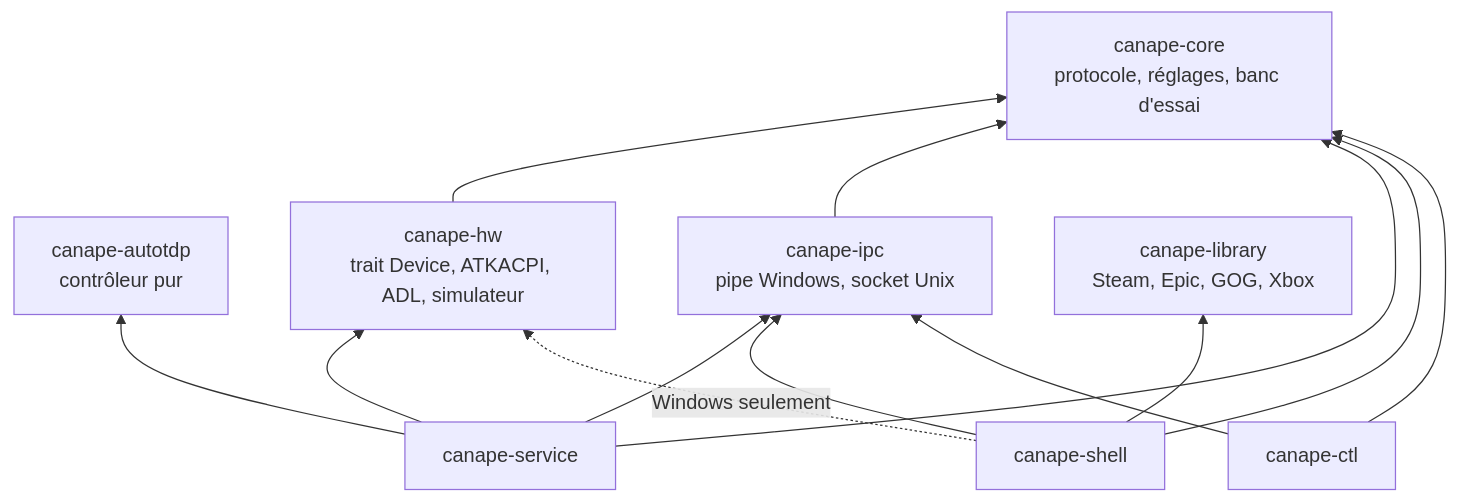
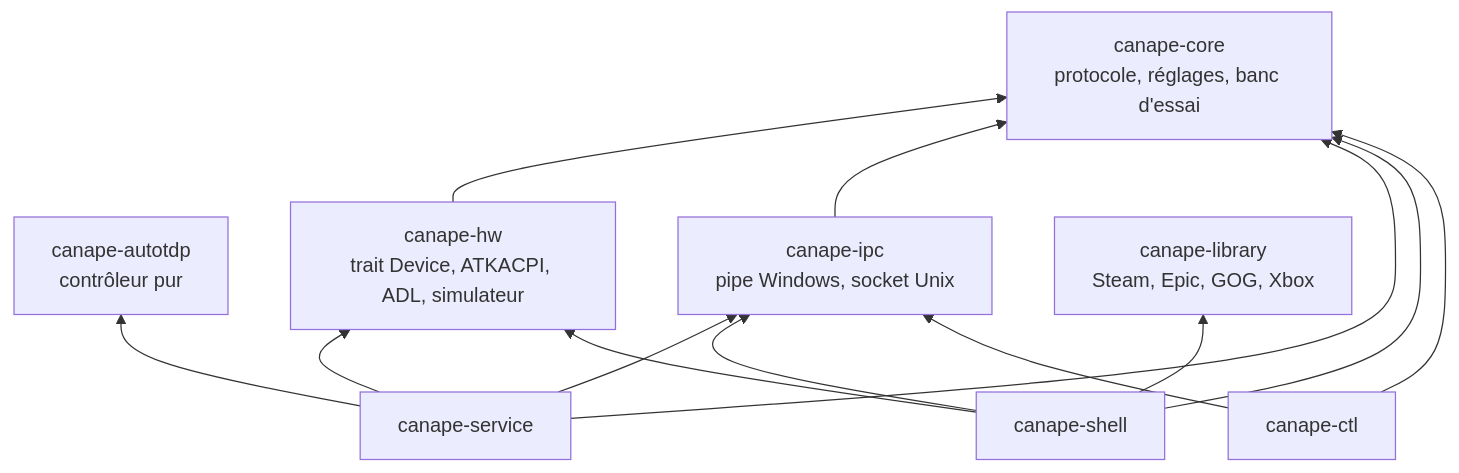
The second of 5 diagrams in docs/developer-guide.fr.md (pierregouedar/canape), drawn with Mermaid before and after one commit. The commit also changed other lines of this file and 35 other files, not shown here.

````diff
--- a/docs/developer-guide.fr.md
+++ b/docs/developer-guide.fr.md
@@ -87,23 +87,23 @@
 ```mermaid
 flowchart BT
     core["canape-core<br/>protocole, réglages, banc d'essai"]
     autotdp["canape-autotdp<br/>contrôleur pur"]
     hw["canape-hw<br/>trait Device, ATKACPI, ADL, simulateur"]
     ipc["canape-ipc<br/>pipe Windows, socket Unix"]
     service["canape-service"]
     library["canape-library<br/>Steam, Epic, GOG, Xbox"]
     shell["canape-shell"]
     ctl["canape-ctl"]
     hw --> core
     ipc --> core
     service --> core
     service --> autotdp
     service --> hw
     service --> ipc
     shell --> core
     shell --> ipc
     shell --> library
-    shell -.->|"Windows seulement"| hw
+    shell --> hw
     ctl --> core
     ctl --> ipc
 ```
````
